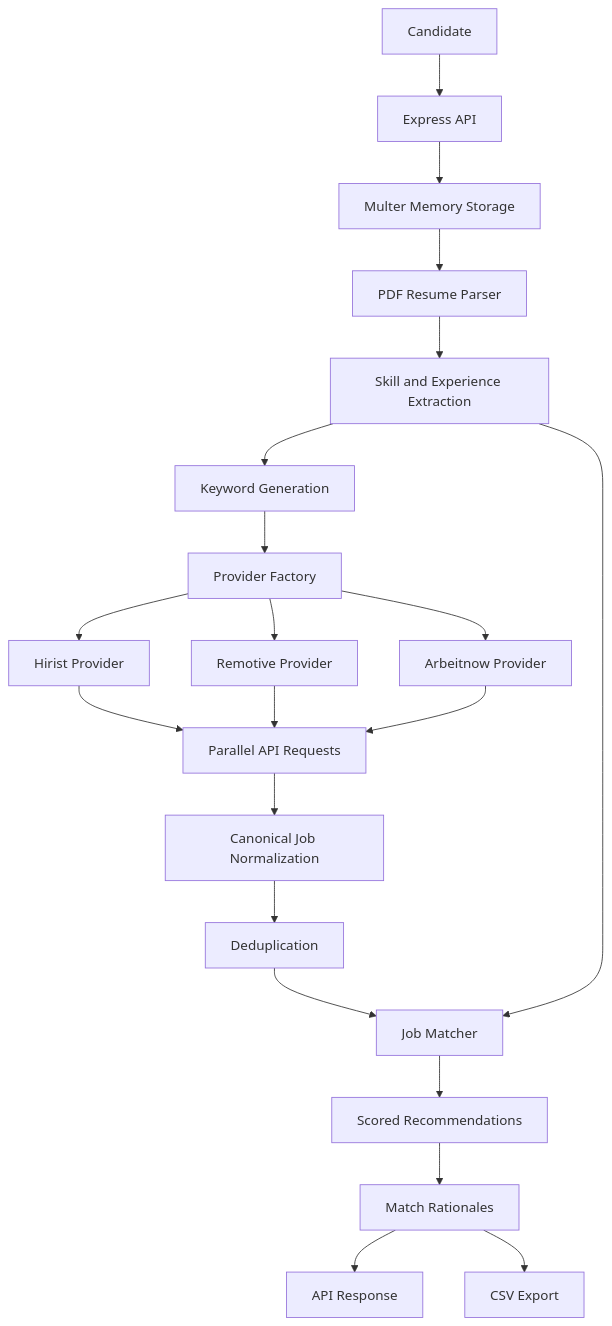
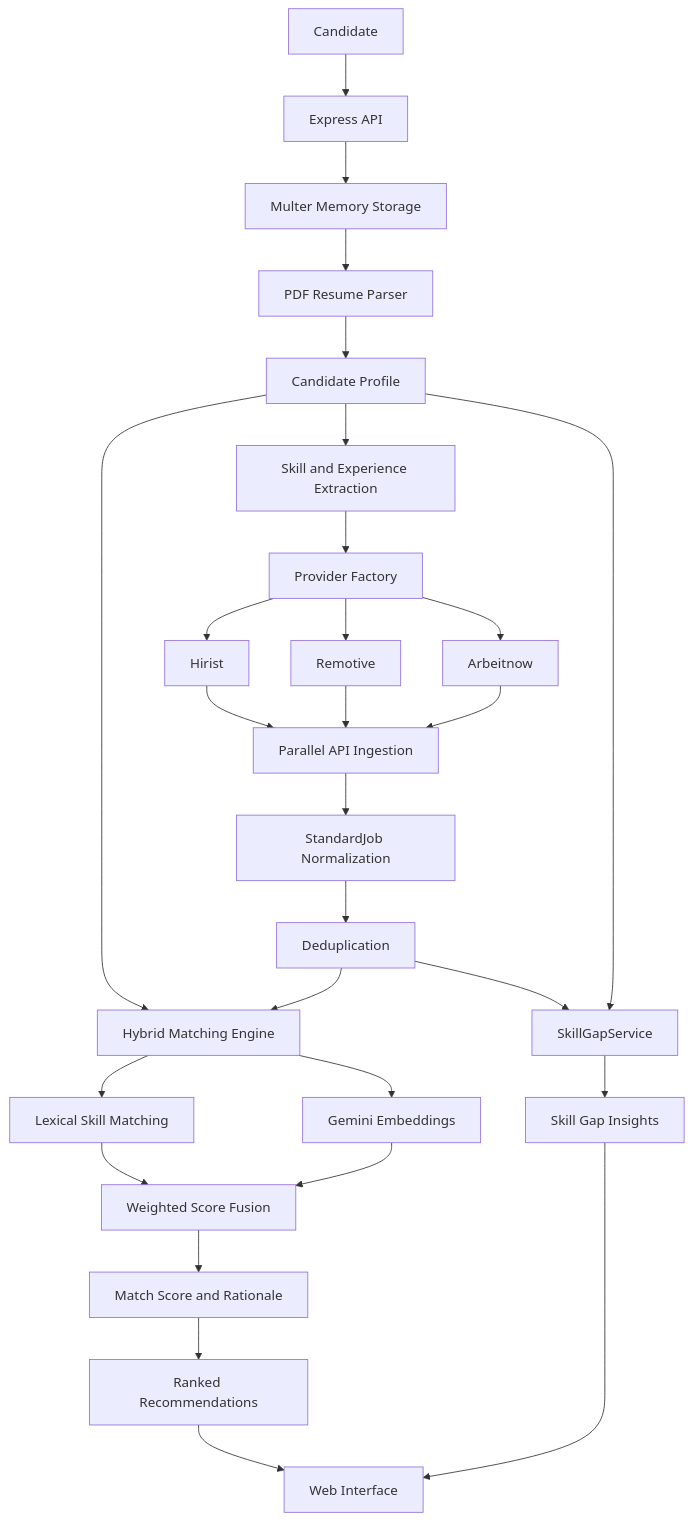
One commit to SambaranBanerjee/AutoApply.AI changed the diagram in README.md. Above: the diagram before and after it, drawn with Mermaid. The commit also changed other lines of this file, not shown here.

First line of the commit message:
Revise README for AI-Powered Job Matching and Analytics

````diff
--- a/README.md
+++ b/README.md
@@ -56,27 +54,37 @@
 ```mermaid
 flowchart TD
     A[Candidate] --> B[Express API]
     B --> C[Multer Memory Storage]
     C --> D[PDF Resume Parser]
-    D --> E[Skill and Experience Extraction]
-    E --> F[Keyword Generation]
+    D --> E[Candidate Profile]
+    E --> F[Skill and Experience Extraction]
 
     F --> G[Provider Factory]
-    G --> H[Hirist Provider]
-    G --> I[Remotive Provider]
-    G --> J[Arbeitnow Provider]
+    G --> H[Hirist]
+    G --> I[Remotive]
+    G --> J[Arbeitnow]
 
-    H --> K[Parallel API Requests]
+    H --> K[Parallel API Ingestion]
     I --> K
     J --> K
 
-    K --> L[Canonical Job Normalization]
+    K --> L[StandardJob Normalization]
     L --> M[Deduplication]
-    M --> N[Job Matcher]
-    E --> N
 
-    N --> O[Scored Recommendations]
-    O --> P[Match Rationales]
-    P --> Q[API Response]
-    P --> R[CSV Export]
+    E --> N[Hybrid Matching Engine]
+    M --> N
+
+    N --> O[Lexical Skill Matching]
+    N --> P[Gemini Embeddings]
+    O --> Q[Weighted Score Fusion]
+    P --> Q
+
+    Q --> R[Match Score and Rationale]
+    M --> S[SkillGapService]
+    E --> S
+
+    R --> T[Ranked Recommendations]
+    S --> U[Skill Gap Insights]
+    T --> V[Web Interface]
+    U --> V
 ```
````
